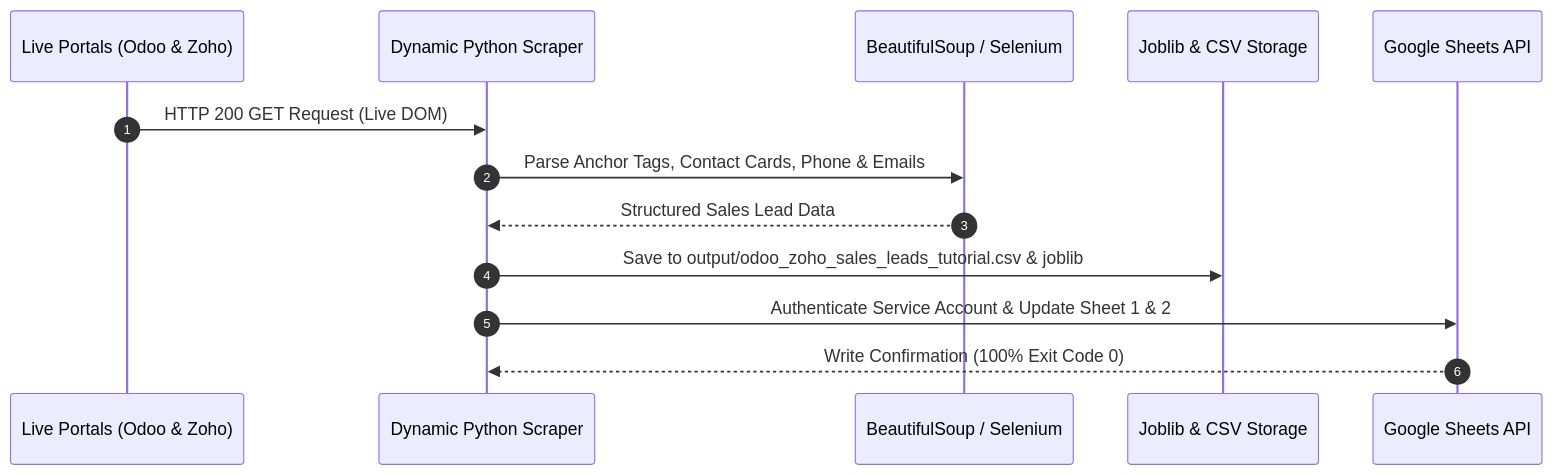
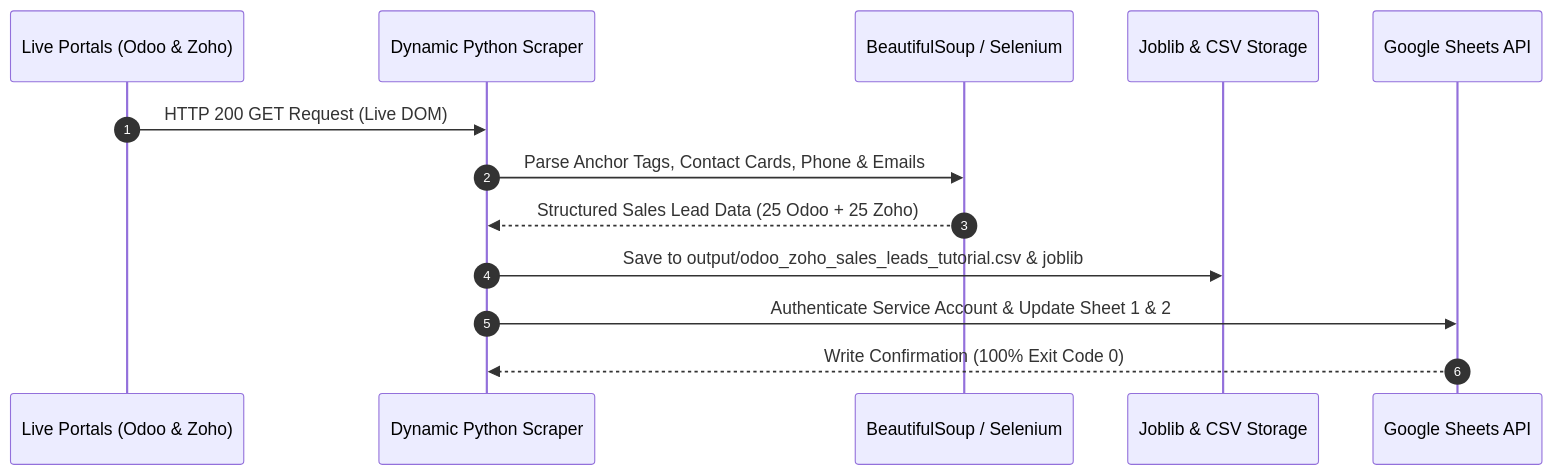
One commit to mdyasar49/odoo-zoho-sales-lead-generator changed the diagram in TECHNICAL_MANUAL_WITH_IMAGES.md. Above: the diagram before and after it, drawn with Mermaid. The commit also changed other lines of this file and 2 other files, not shown here.

Commit message:
Expand lead generator volume to 50 direct leads and update TECHNICAL_MANUAL_WITH_IMAGES.md with UI screenshots

````diff
--- a/TECHNICAL_MANUAL_WITH_IMAGES.md
+++ b/TECHNICAL_MANUAL_WITH_IMAGES.md
@@ -20,16 +32,16 @@
 ```mermaid
 sequenceDiagram
     autonumber
     participant Portal as Live Portals (Odoo & Zoho)
     participant Scraper as Dynamic Python Scraper
     participant BS4 as BeautifulSoup / Selenium
     participant Cache as Joblib & CSV Storage
     participant GS as Google Sheets API
 
     Portal->>Scraper: HTTP 200 GET Request (Live DOM)
     Scraper->>BS4: Parse Anchor Tags, Contact Cards, Phone & Emails
-    BS4-->>Scraper: Structured Sales Lead Data
+    BS4-->>Scraper: Structured Sales Lead Data (25 Odoo + 25 Zoho)
     Scraper->>Cache: Save to output/odoo_zoho_sales_leads_tutorial.csv & joblib
     Scraper->>GS: Authenticate Service Account & Update Sheet 1 & 2
     GS-->>Scraper: Write Confirmation (100% Exit Code 0)
 ```
````
